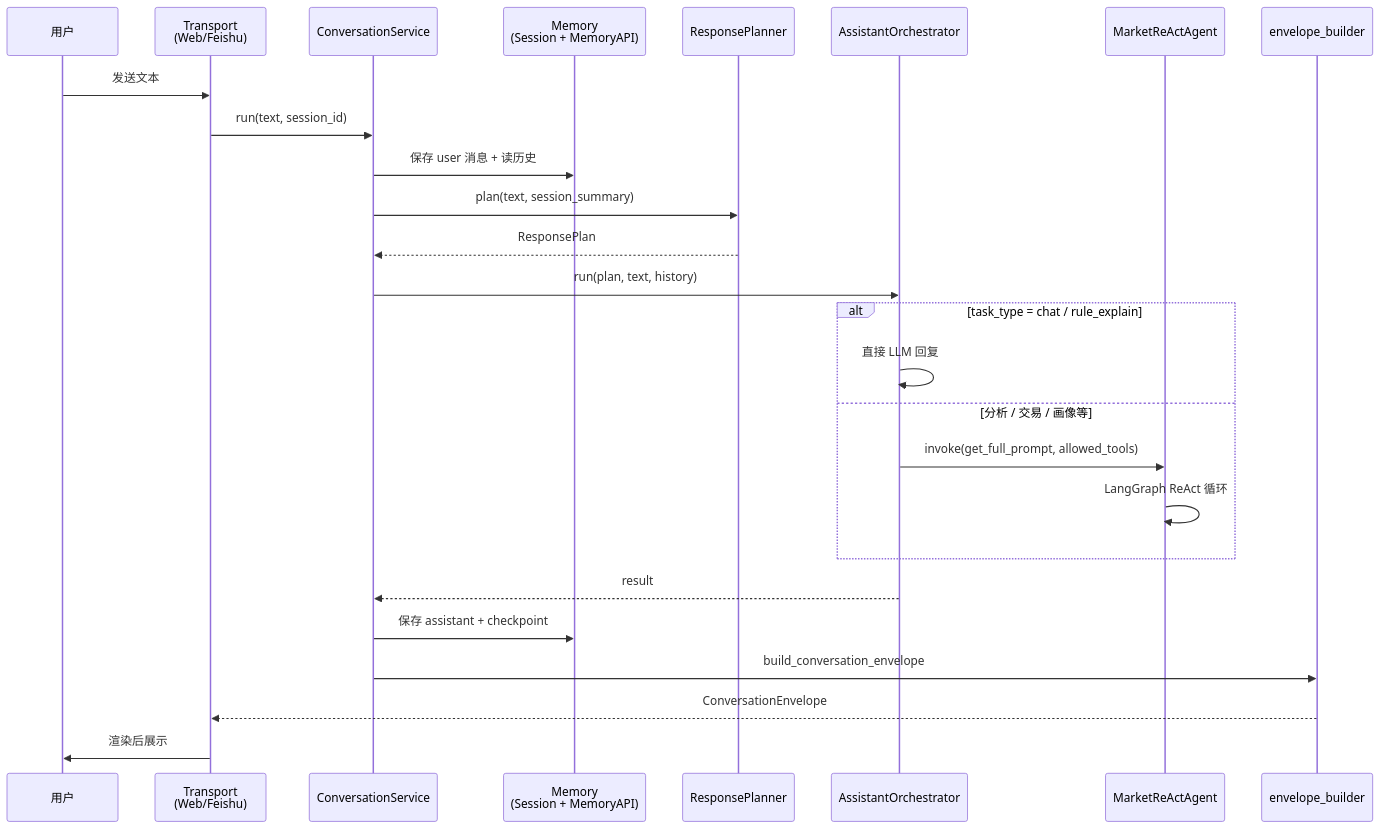
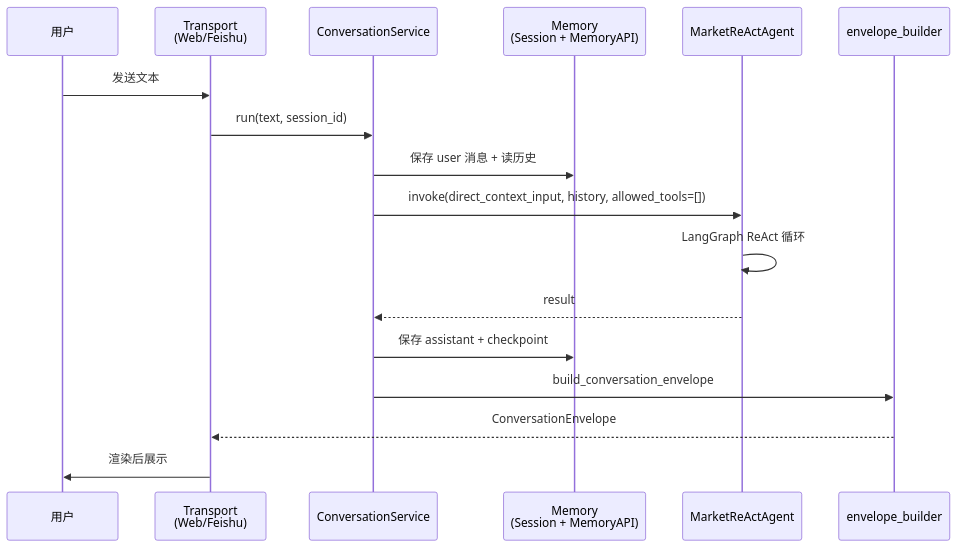
One commit to 7Gosts/MarketAssAgent changed the second of 4 diagrams in docs/00_PROJECT_ARCHITECTURE.md. Above: the diagram before and after it, drawn with Mermaid. The commit also changed other lines of this file and 41 other files, not shown here.

Commit message:
refactor: finalize direct-context flow and compact analysis outputs

````diff
--- a/docs/00_PROJECT_ARCHITECTURE.md
+++ b/docs/00_PROJECT_ARCHITECTURE.md
@@ -79,29 +76,20 @@
 ```mermaid
 sequenceDiagram
     participant U as 用户
     participant T as Transport<br/>(Web/Feishu)
     participant CS as ConversationService
     participant MEM as Memory<br/>(Session + MemoryAPI)
-    participant PL as ResponsePlanner
-    participant OR as AssistantOrchestrator
     participant AG as MarketReActAgent
     participant EB as envelope_builder
 
     U->>T: 发送文本
     T->>CS: run(text, session_id)
     CS->>MEM: 保存 user 消息 + 读历史
-    CS->>PL: plan(text, session_summary)
-    PL-->>CS: ResponsePlan
-    CS->>OR: run(plan, text, history)
-    alt task_type = chat / rule_explain
-        OR->>OR: 直接 LLM 回复
-    else 分析 / 交易 / 画像等
-        OR->>AG: invoke(get_full_prompt, allowed_tools)
-        AG->>AG: LangGraph ReAct 循环
-    end
-    OR-->>CS: result
+    CS->>AG: invoke(direct_context_input, history, allowed_tools=[])
+    AG->>AG: LangGraph ReAct 循环
+    AG-->>CS: result
     CS->>MEM: 保存 assistant + checkpoint
     CS->>EB: build_conversation_envelope
     EB-->>T: ConversationEnvelope
     T->>U: 渲染后展示
 ```
````
